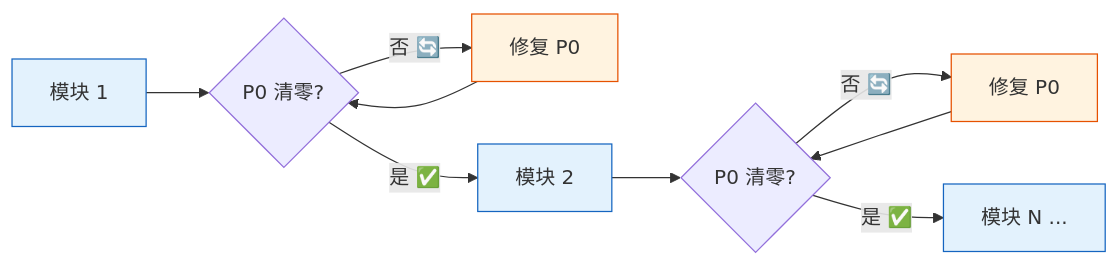
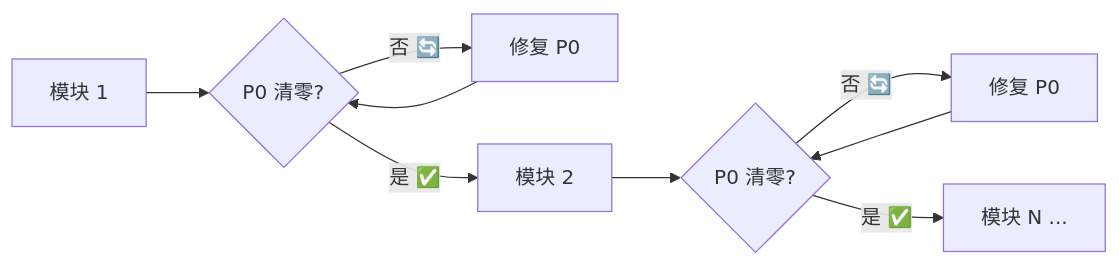
One commit to effiy/YrY changed the fifth of 10 diagrams in rules/code-pipeline.md. Above: the diagram before and after it, drawn with Mermaid. The commit also changed other lines of this file and 61 other files, not shown here.

````diff
--- a/rules/code-pipeline.md
+++ b/rules/code-pipeline.md
@@ -140,14 +126,12 @@
 ```mermaid
 flowchart LR
     M1["模块 1"]:::mod --> C1{"P0 清零?"}
     C1 -->|"否 🔄"| F1["修复 P0"]:::fix
     F1 --> C1
     C1 -->|"是 ✅"| M2["模块 2"]:::mod
     M2 --> C2{"P0 清零?"}
     C2 -->|"否 🔄"| F2["修复 P0"]:::fix
     F2 --> C2
     C2 -->|"是 ✅"| M3["模块 N ..."]:::mod
 
-    classDef mod fill:#e3f2fd,stroke:#1565c0;
-    classDef fix fill:#fff3e0,stroke:#e65100;
 ```
````
